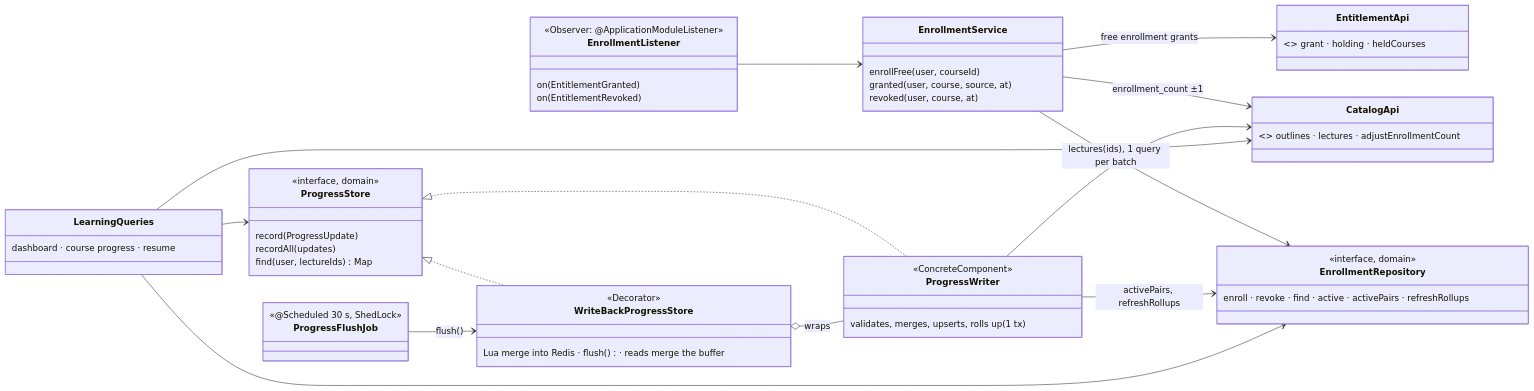
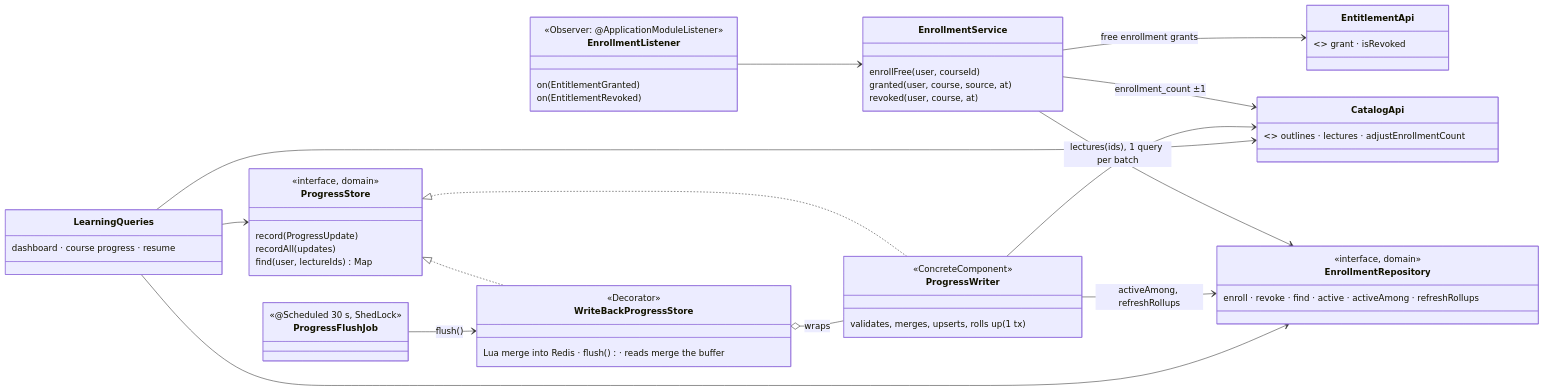
Before and after one commit to b-nimai/Masternova-Spring: the first of 3 diagrams in docs/lld/progress.md, drawn with Mermaid. The commit also changed other lines of this file and 40 other files, not shown here.

````diff
--- a/docs/lld/progress.md
+++ b/docs/lld/progress.md
@@ -58,50 +58,50 @@
 ```mermaid
 classDiagram
   direction LR
   class EnrollmentListener {
     <<Observer: @ApplicationModuleListener>>
     on(EntitlementGranted)
     on(EntitlementRevoked)
   }
   class EnrollmentService {
     enrollFree(user, courseId)
     granted(user, course, source, at)
     revoked(user, course, at)
   }
   class EnrollmentRepository {
     <<interface, domain>>
-    enroll · revoke · find · active · activePairs · refreshRollups
+    enroll · revoke · find · active · activeAmong · refreshRollups
   }
   class ProgressStore {
     <<interface, domain>>
     record(ProgressUpdate)
     recordAll(updates)
     find(user, lectureIds) Map
   }
   class ProgressWriter {
     <<ConcreteComponent>>
     validates, merges, upserts, rolls up (1 tx)
   }
   class WriteBackProgressStore {
     <<Decorator>>
     Lua merge into Redis · flush() · reads merge the buffer
   }
   class ProgressFlushJob { <<@Scheduled 30 s, ShedLock>> }
   class LearningQueries { dashboard · course progress · resume }
   class CatalogApi { <<catalog module API>> outlines · lectures · adjustEnrollmentCount }
-  class EntitlementApi { <<entitlement module API>> grant · holding · heldCourses }
+  class EntitlementApi { <<entitlement module API>> grant · isRevoked }
 
   EnrollmentListener --> EnrollmentService
   EnrollmentService --> EnrollmentRepository
   EnrollmentService --> EntitlementApi : free enrollment grants
   EnrollmentService --> CatalogApi : enrollment_count ±1
   ProgressStore <|.. ProgressWriter
   ProgressStore <|.. WriteBackProgressStore
   WriteBackProgressStore o-- ProgressWriter : wraps
   ProgressWriter --> CatalogApi : lectures(ids), 1 query per batch
-  ProgressWriter --> EnrollmentRepository : activePairs, refreshRollups
+  ProgressWriter --> EnrollmentRepository : activeAmong, refreshRollups
   ProgressFlushJob --> WriteBackProgressStore : flush()
   LearningQueries --> ProgressStore
   LearningQueries --> EnrollmentRepository
   LearningQueries --> CatalogApi
 ```
````
